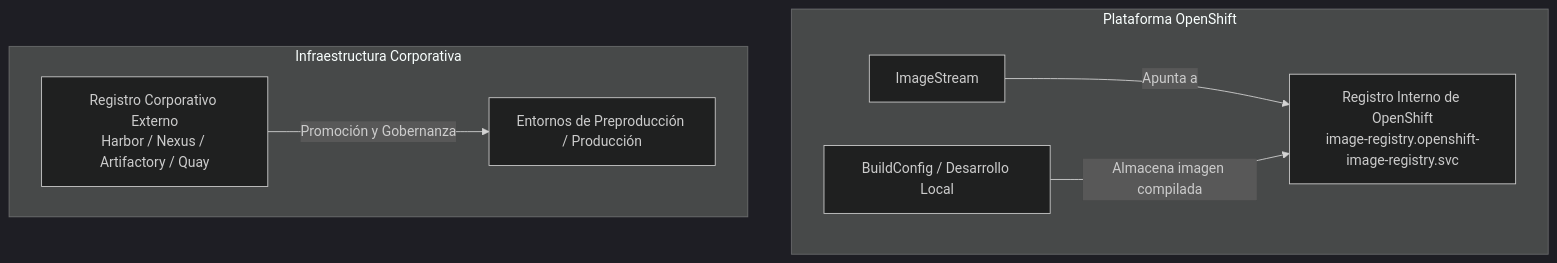
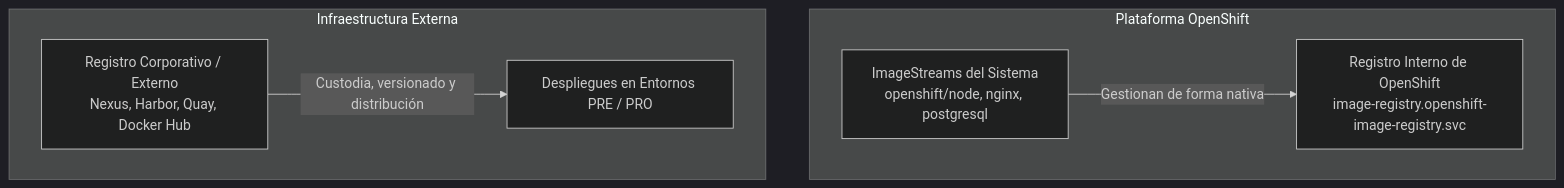
The first of 7 diagrams in docs/sesion4/4.4 Registro, gestión y seguridad de imágenes.md (ieftraining/curso-openshift), drawn with Mermaid (dark theme) before and after one commit. The commit also changed other lines of this file, not shown here.

````diff
--- a/docs/sesion4/4.4 Registro, gestión y seguridad de imágenes.md
+++ b/docs/sesion4/4.4 Registro, gestión y seguridad de imágenes.md
@@ -19,11 +19,10 @@
 ```mermaid
 flowchart TD
     subgraph Plataforma OpenShift
-        A[ImageStream] -->|Apunta a| B[Registro Interno de OpenShift<br>image-registry.openshift-image-registry.svc]
-        C[BuildConfig / Desarrollo Local] -->|Almacena imagen compilada| B
+        A[ImageStreams del Sistema<br>openshift/node, nginx, postgresql] -->|Gestionan de forma nativa| B[Registro Interno de OpenShift<br>image-registry.openshift-image-registry.svc]
     end
 
-    subgraph Infraestructura Corporativa
-        D[Registro Corporativo Externo<br>Harbor / Nexus / Artifactory / Quay] -->|Promoción y Gobernanza| E[Entornos de Preproducción / Producción]
+    subgraph Infraestructura Externa
+        C[Registro Corporativo / Externo<br>Nexus, Harbor, Quay, Docker Hub] -->|Custodia, versionado y distribución| D[Despliegues en Entornos PRE / PRO]
     end
 ```
````
